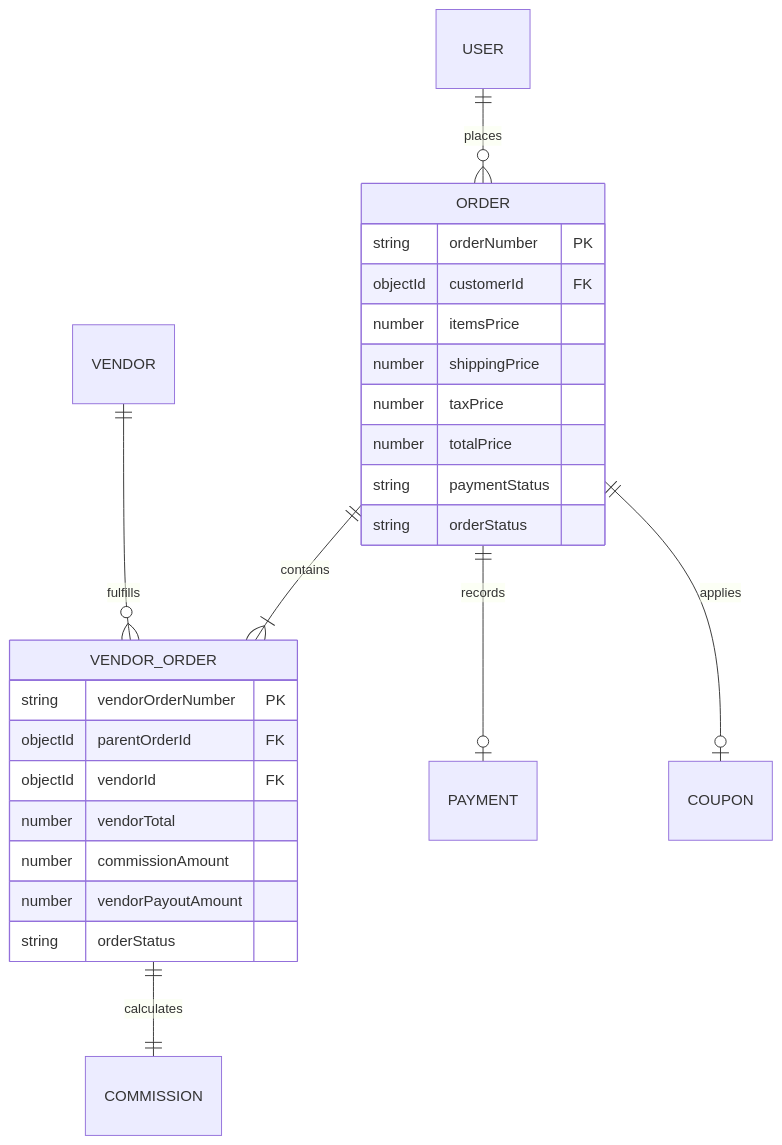
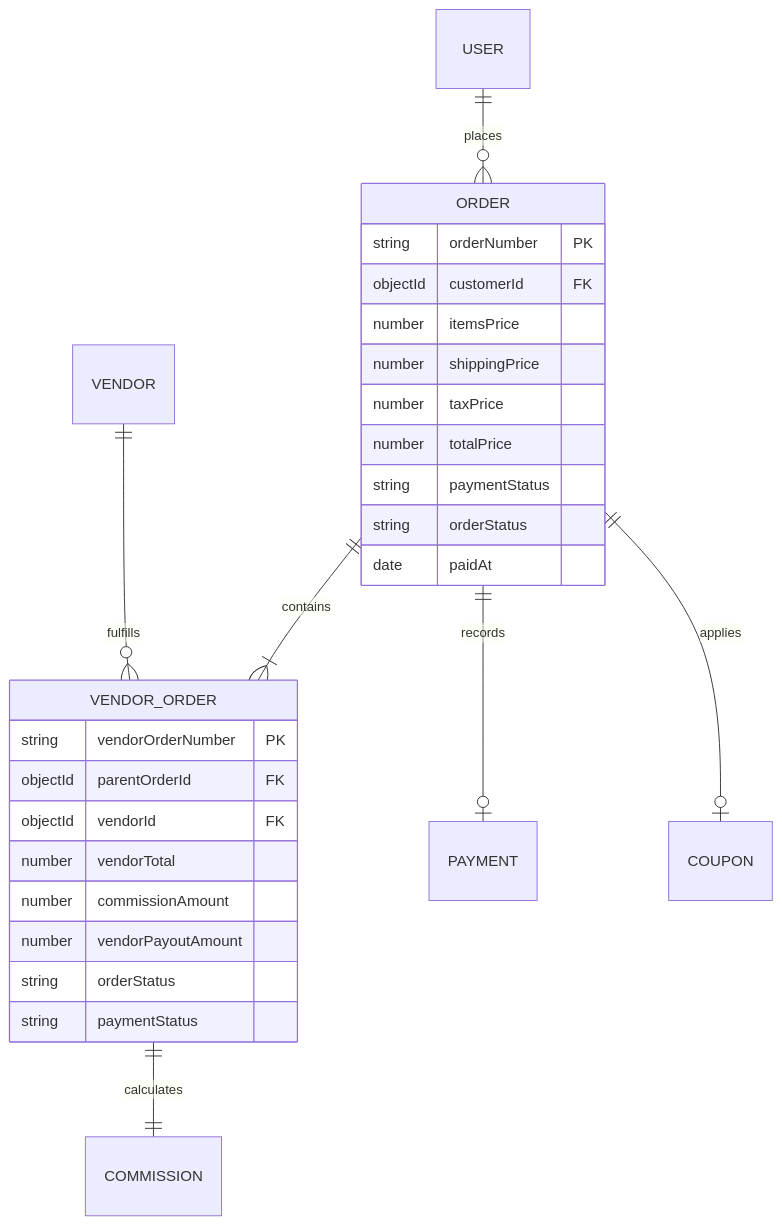
One commit to Amruth4146/MarketSphere changed the diagram in docs/database-schema.md. Above: the diagram before and after it, drawn with Mermaid. The commit also changed other lines of this file and 52 other files, not shown here.

````diff
--- a/docs/database-schema.md
+++ b/docs/database-schema.md
@@ -59,29 +71,31 @@
 ```mermaid
 erDiagram
     ORDER ||--|{ VENDOR_ORDER : contains
     ORDER ||--o| PAYMENT : records
     ORDER ||--o| COUPON : applies
     VENDOR_ORDER ||--|| COMMISSION : calculates
     USER ||--o{ ORDER : places
     VENDOR ||--o{ VENDOR_ORDER : fulfills
 
     ORDER {
         string orderNumber PK
         objectId customerId FK
         number itemsPrice
         number shippingPrice
         number taxPrice
         number totalPrice
         string paymentStatus
         string orderStatus
+        date paidAt
     }
     VENDOR_ORDER {
         string vendorOrderNumber PK
         objectId parentOrderId FK
         objectId vendorId FK
         number vendorTotal
         number commissionAmount
         number vendorPayoutAmount
         string orderStatus
+        string paymentStatus
     }
 ```
````
